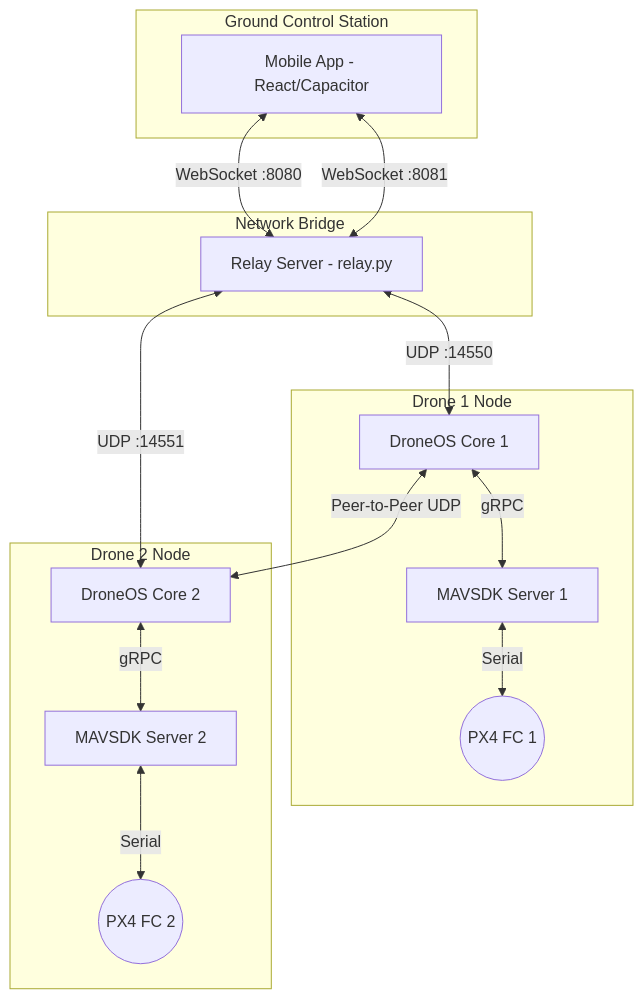
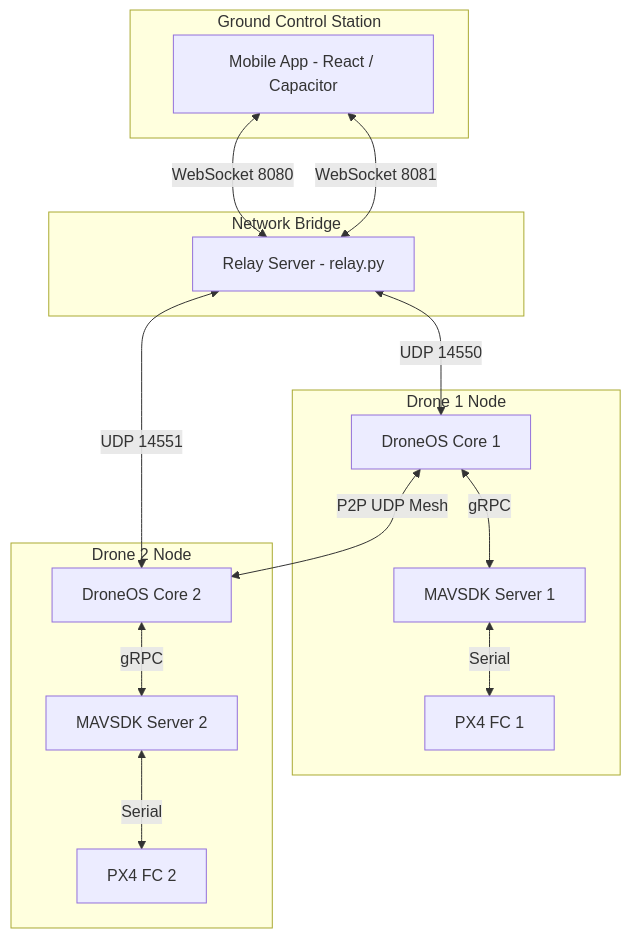
The first of 3 diagrams in README.md (Debanshu2005/DroneSwarm), drawn with Mermaid before and after one commit. The commit also changed other lines of this file and 11 other files, not shown here.

Commit message:
docs: add comprehensive system architecture and user guides for phoneos swarm

````diff
--- a/README.md
+++ b/README.md
@@ -42,36 +42,36 @@
 ```mermaid
-graph TD
-    subgraph Ground Control Station
-        GCS[Mobile App - React/Capacitor]
+flowchart TD
+    subgraph GCS_Cluster["Ground Control Station"]
+        GCS["Mobile App - React / Capacitor"]
     end
 
-    subgraph Network Bridge
-        Relay[Relay Server - relay.py]
+    subgraph Net_Bridge["Network Bridge"]
+        Relay["Relay Server - relay.py"]
     end
 
-    subgraph Drone 1 Node
-        OS1[DroneOS Core 1]
-        MAV1[MAVSDK Server 1]
-        FC1((PX4 FC 1))
+    subgraph D1_Node["Drone 1 Node"]
+        OS1["DroneOS Core 1"]
+        MAV1["MAVSDK Server 1"]
+        FC1["PX4 FC 1"]
     end
     
-    subgraph Drone 2 Node
-        OS2[DroneOS Core 2]
-        MAV2[MAVSDK Server 2]
-        FC2((PX4 FC 2))
+    subgraph D2_Node["Drone 2 Node"]
+        OS2["DroneOS Core 2"]
+        MAV2["MAVSDK Server 2"]
+        FC2["PX4 FC 2"]
     end
 
-    GCS <-->|WebSocket :8080| Relay
-    GCS <-->|WebSocket :8081| Relay
+    GCS <-->|WebSocket 8080| Relay
+    GCS <-->|WebSocket 8081| Relay
     
-    Relay <-->|UDP :14550| OS1
-    Relay <-->|UDP :14551| OS2
+    Relay <-->|UDP 14550| OS1
+    Relay <-->|UDP 14551| OS2
     
-    OS1 <-->|Peer-to-Peer UDP| OS2
+    OS1 <-->|P2P UDP Mesh| OS2
 
     OS1 <-->|gRPC| MAV1
     MAV1 <-->|Serial| FC1
     
     OS2 <-->|gRPC| MAV2
     MAV2 <-->|Serial| FC2
 ```
````
